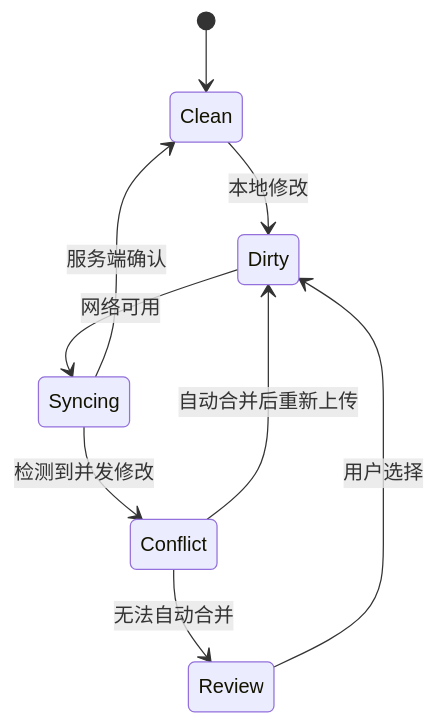
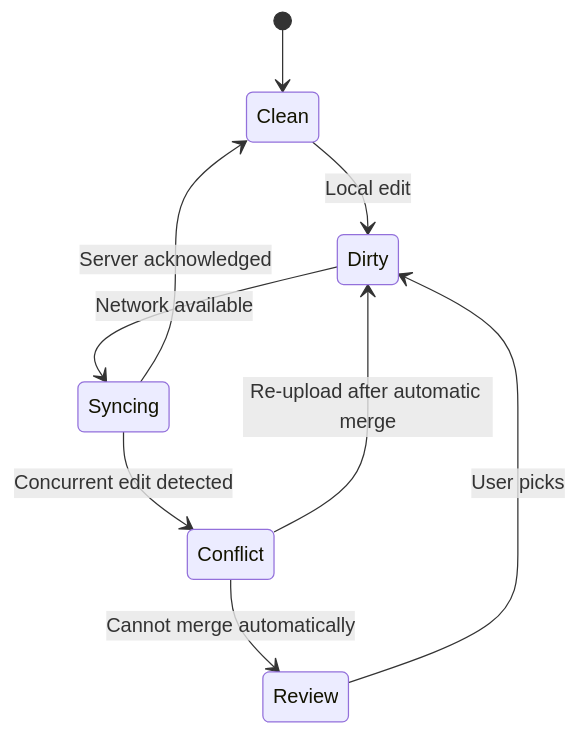
The fifth of 7 diagrams in preview.md (folay-git/typora-cursor-theme), drawn with Mermaid before and after one commit. The commit also changed other lines of this file and 16 other files, not shown here.

````diff
--- a/preview.md
+++ b/preview.md
@@ -203,11 +203,11 @@
 ```mermaid
 stateDiagram-v2
     [*] --> Clean
-    Clean --> Dirty: 本地修改
-    Dirty --> Syncing: 网络可用
-    Syncing --> Clean: 服务端确认
-    Syncing --> Conflict: 检测到并发修改
-    Conflict --> Dirty: 自动合并后重新上传
-    Conflict --> Review: 无法自动合并
-    Review --> Dirty: 用户选择
+    Clean --> Dirty: Local edit
+    Dirty --> Syncing: Network available
+    Syncing --> Clean: Server acknowledged
+    Syncing --> Conflict: Concurrent edit detected
+    Conflict --> Dirty: Re-upload after automatic merge
+    Conflict --> Review: Cannot merge automatically
+    Review --> Dirty: User picks
 ```
````
